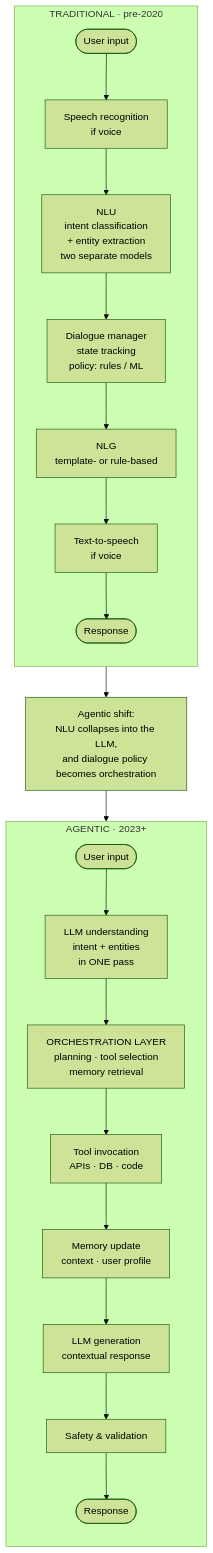
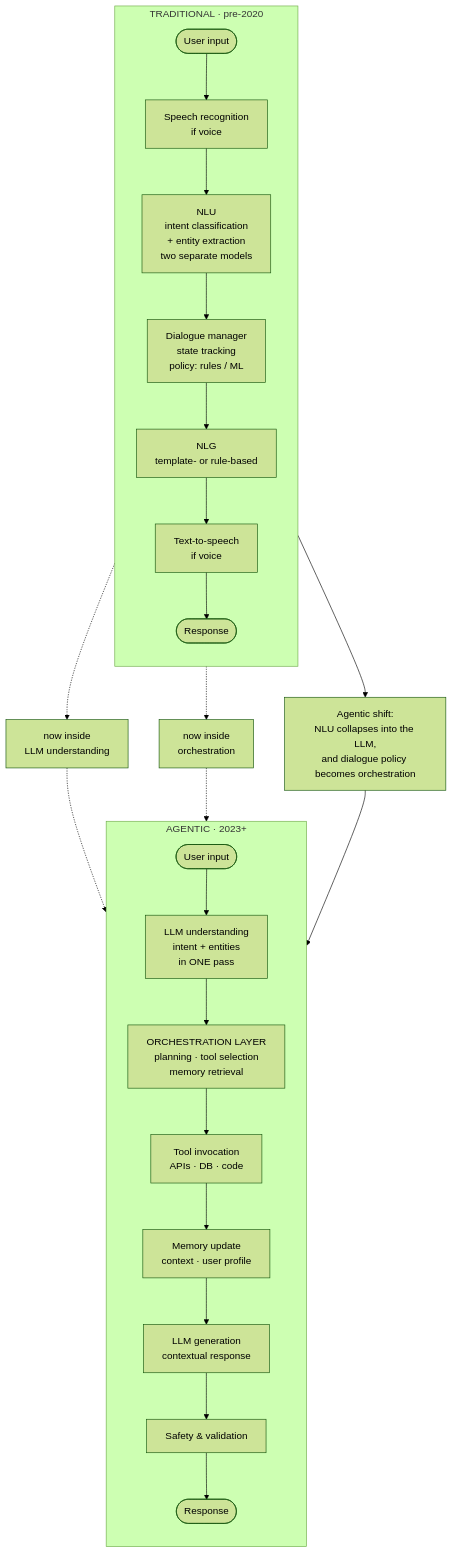
Before and after one commit to sanjaykumarpushadapu/MTech: the third of 12 diagrams in 2026-2027-Sem1/AIMLCZG521-ConversationalAI/notes/S01-foundations.md, drawn with Mermaid (forest theme). The commit also changed other lines of this file and 2 other files, not shown here.

Commit message:
fix s mermaid

````diff
--- a/2026-2027-Sem1/AIMLCZG521-ConversationalAI/notes/S01-foundations.md
+++ b/2026-2027-Sem1/AIMLCZG521-ConversationalAI/notes/S01-foundations.md
@@ -96,24 +96,28 @@
 ```mermaid
 flowchart TD
     subgraph T["TRADITIONAL · pre-2020"]
         direction TB
         U1([User input]) --> SR["Speech recognition<br/>if voice"]
         SR --> NLU["NLU<br/>intent classification<br/>+ entity extraction<br/>two separate models"]
         NLU --> DM["Dialogue manager<br/>state tracking<br/>policy: rules / ML"]
         DM --> NLG["NLG<br/>template- or rule-based"]
         NLG --> TTS["Text-to-speech<br/>if voice"]
         TTS --> R1([Response])
     end
     T --> SHIFT["Agentic shift:<br/>NLU collapses into the LLM,<br/>and dialogue policy becomes orchestration"]
     SHIFT --> A
     subgraph A["AGENTIC · 2023+"]
         direction TB
         U2([User input]) --> LLM["LLM understanding<br/>intent + entities<br/>in ONE pass"]
         LLM --> ORC["ORCHESTRATION LAYER<br/>planning · tool selection<br/>memory retrieval"]
         ORC --> TOOL["Tool invocation<br/>APIs · DB · code"]
         TOOL --> MEM["Memory update<br/>context · user profile"]
         MEM --> GEN["LLM generation<br/>contextual response"]
         GEN --> SAFE["Safety & validation"]
         SAFE --> R2([Response])
     end
+    NLU -.-> MAP1["now inside<br/>LLM understanding"]
+    DM -.-> MAP2["now inside<br/>orchestration"]
+    MAP1 -.-> LLM
+    MAP2 -.-> ORC
 ```
````
